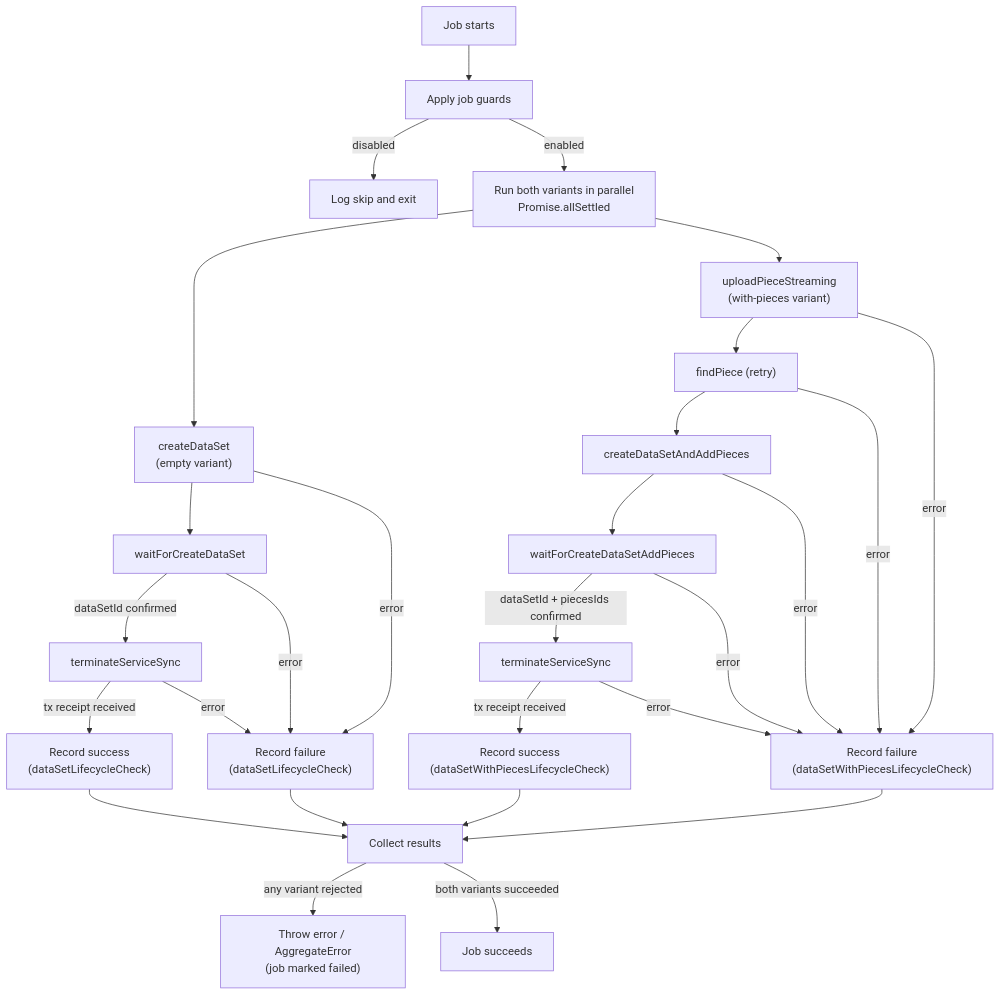
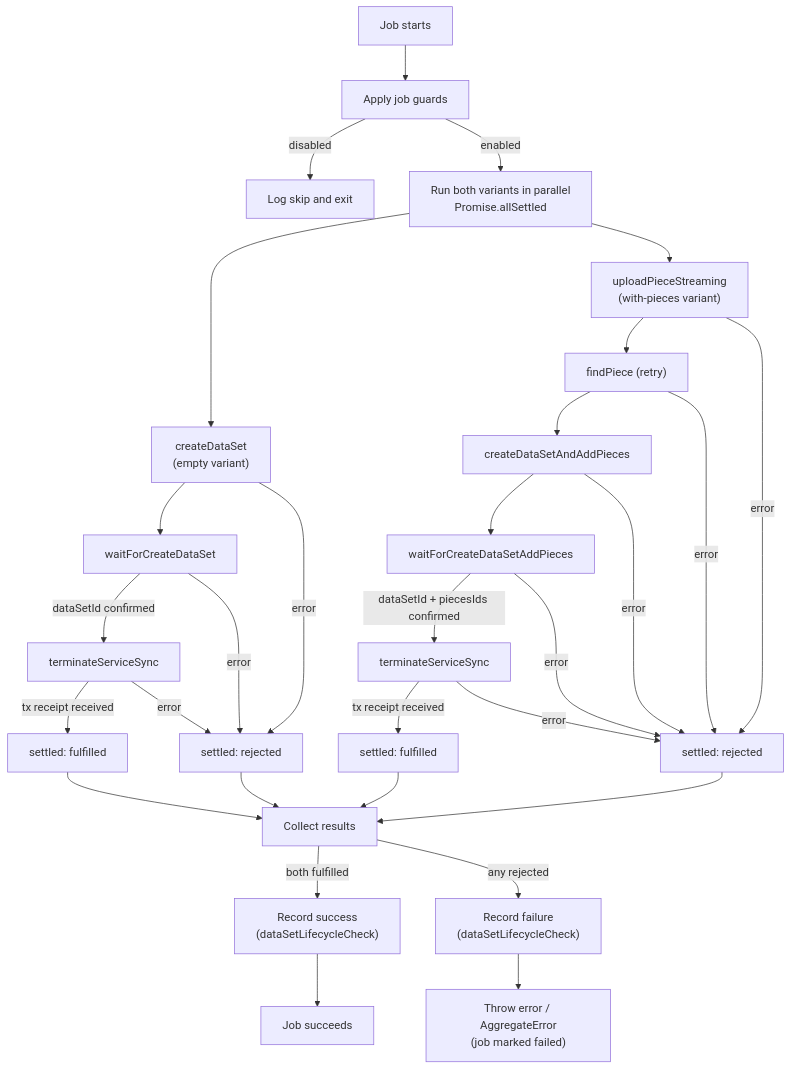
One commit to FilOzone/dealbot changed the diagram in docs/checks/data-set-lifecycle-check.md. Above: the diagram before and after it, drawn with Mermaid. The commit also changed other lines of this file and 6 other files, not shown here.

````diff
--- a/docs/checks/data-set-lifecycle-check.md
+++ b/docs/checks/data-set-lifecycle-check.md
@@ -59,30 +57,32 @@
 ```mermaid
 flowchart TD
   Start["Job starts"] --> Guard["Apply job guards"]
   Guard -->|disabled| Skip["Log skip and exit"]
   Guard -->|enabled| Parallel["Run both variants in parallel\nPromise.allSettled"]
 
   Parallel --> CreateDataSet["createDataSet\n(empty variant)"]
   CreateDataSet --> WaitEmpty["waitForCreateDataSet"]
   WaitEmpty -->|dataSetId confirmed| TerminateE["terminateServiceSync"]
-  TerminateE -->|tx receipt received| SuccessE["Record success\n(dataSetLifecycleCheck)"]
-  TerminateE -->|error| FailE["Record failure\n(dataSetLifecycleCheck)"]
-  WaitEmpty -->|error| FailE
-  CreateDataSet -->|error| FailE
+  TerminateE -->|tx receipt received| OkE["settled: fulfilled"]
+  TerminateE -->|error| ErrE["settled: rejected"]
+  WaitEmpty -->|error| ErrE
+  CreateDataSet -->|error| ErrE
 
   Parallel --> Upload["uploadPieceStreaming\n(with-pieces variant)"]
   Upload --> FindPiece["findPiece (retry)"]
   FindPiece --> CreateWithPieces["createDataSetAndAddPieces"]
   CreateWithPieces --> WaitPieces["waitForCreateDataSetAddPieces"]
   WaitPieces -->|dataSetId + piecesIds confirmed| TerminateW["terminateServiceSync"]
-  TerminateW -->|tx receipt received| SuccessW["Record success\n(dataSetWithPiecesLifecycleCheck)"]
-  TerminateW -->|error| FailW["Record failure\n(dataSetWithPiecesLifecycleCheck)"]
-  WaitPieces -->|error| FailW
-  CreateWithPieces -->|error| FailW
-  FindPiece -->|error| FailW
-  Upload -->|error| FailW
+  TerminateW -->|tx receipt received| OkW["settled: fulfilled"]
+  TerminateW -->|error| ErrW["settled: rejected"]
+  WaitPieces -->|error| ErrW
+  CreateWithPieces -->|error| ErrW
+  FindPiece -->|error| ErrW
+  Upload -->|error| ErrW
 
-  SuccessE & FailE & SuccessW & FailW --> Settle["Collect results"]
-  Settle -->|any variant rejected| JobFail["Throw error / AggregateError\n(job marked failed)"]
-  Settle -->|both variants succeeded| JobSuccess["Job succeeds"]
+  OkE & ErrE & OkW & ErrW --> Settle["Collect results"]
+  Settle -->|both fulfilled| RecordSuccess["Record success\n(dataSetLifecycleCheck)"]
+  RecordSuccess --> JobSuccess["Job succeeds"]
+  Settle -->|any rejected| RecordFail["Record failure\n(dataSetLifecycleCheck)"]
+  RecordFail --> JobFail["Throw error / AggregateError\n(job marked failed)"]
 ```
````
